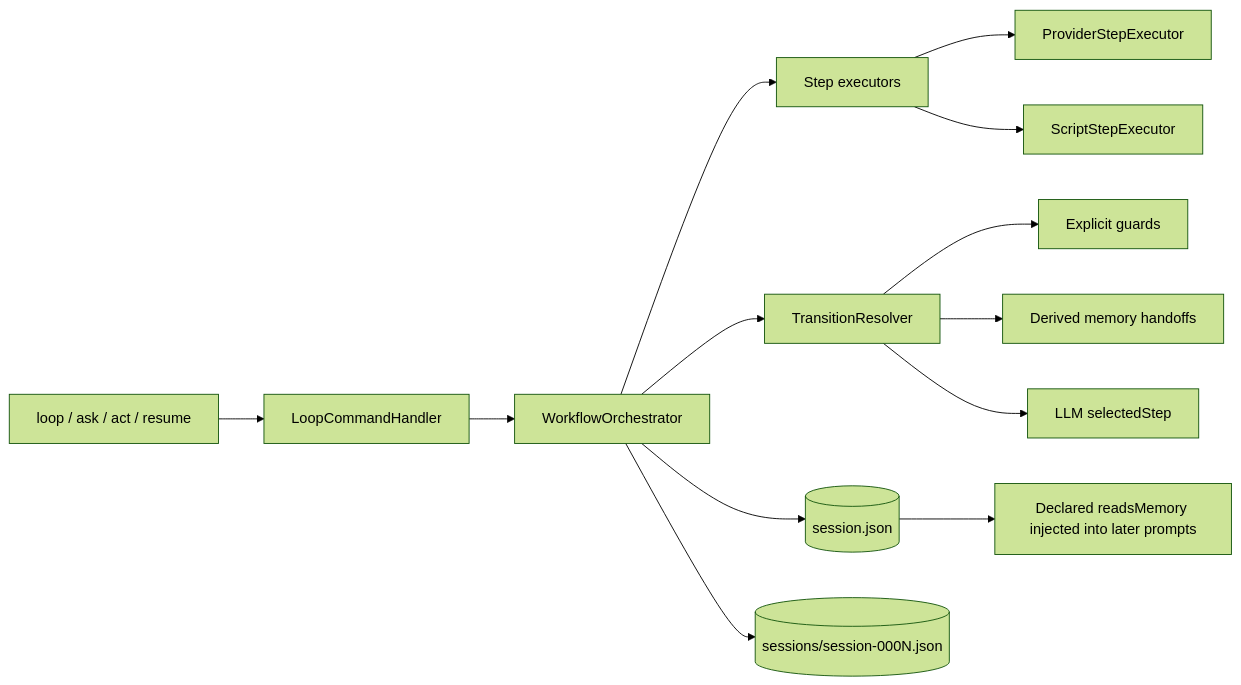
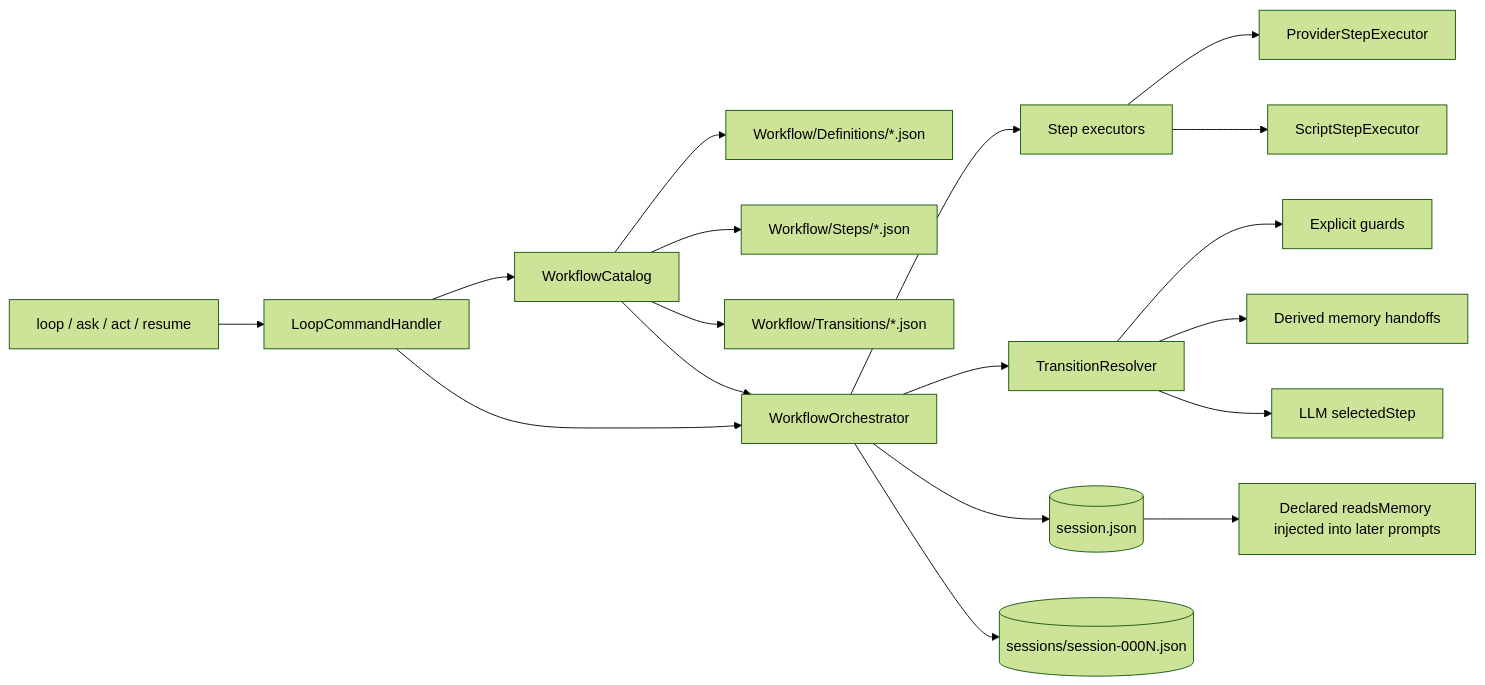
Before and after one commit to prometheus2D/WallyCode: the second of 2 diagrams in ARCHITECTURE_DIAGRAMS.md, drawn with Mermaid (forest theme). The commit also changed other lines of this file and 11 other files, not shown here.

Commit message:
Update with expanded workflow definitions

````diff
--- a/ARCHITECTURE_DIAGRAMS.md
+++ b/ARCHITECTURE_DIAGRAMS.md
@@ -47,15 +48,20 @@
 ```mermaid
 flowchart LR
     CLI[loop / ask / act / resume] --> Handler[LoopCommandHandler]
+    Handler --> Catalog[WorkflowCatalog]
+    Catalog --> Definitions[Workflow/Definitions/*.json]
+    Catalog --> Steps[Workflow/Steps/*.json]
+    Catalog --> Transitions[Workflow/Transitions/*.json]
     Handler --> Orchestrator[WorkflowOrchestrator]
+    Catalog --> Orchestrator
     Orchestrator --> Executors[Step executors]
     Executors --> ProviderStep[ProviderStepExecutor]
     Executors --> ScriptStep[ScriptStepExecutor]
     Orchestrator --> Resolver[TransitionResolver]
     Resolver --> Guards[Explicit guards]
     Resolver --> Handoffs[Derived memory handoffs]
     Resolver --> Selection[LLM selectedStep]
     Orchestrator --> Session[(session.json)]
     Orchestrator --> Snapshots[(sessions/session-000N.json)]
     Session --> PromptMemory[Declared readsMemory injected into later prompts]
 ```
````
